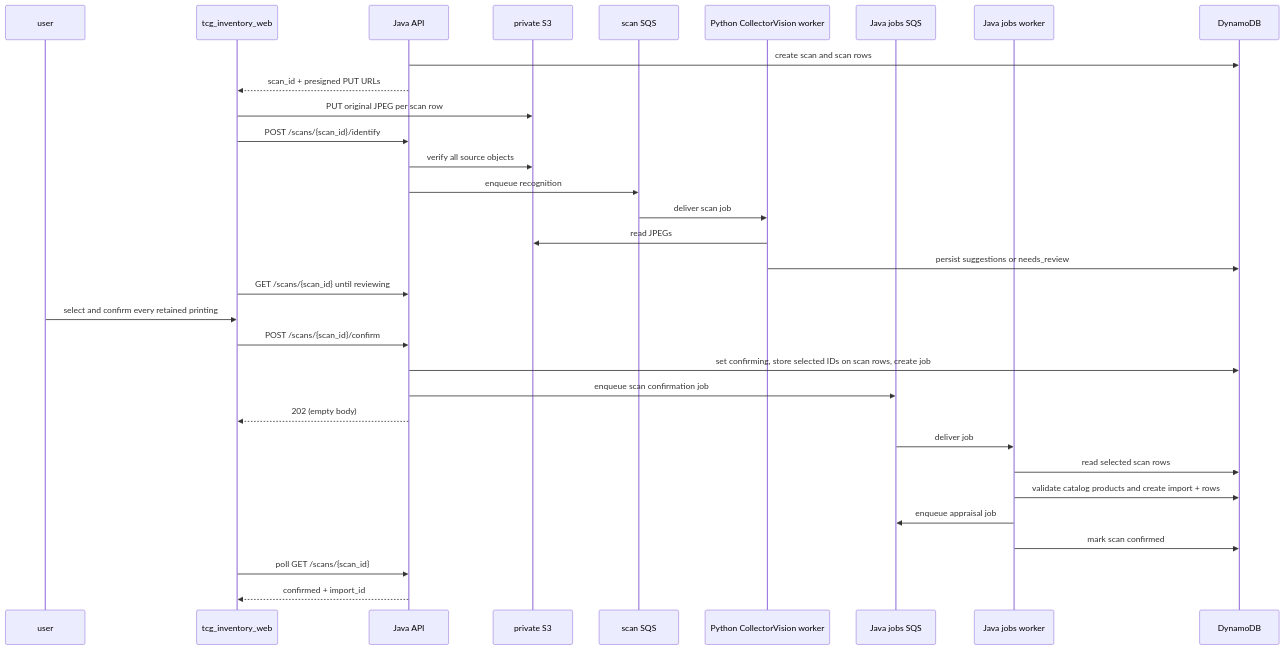
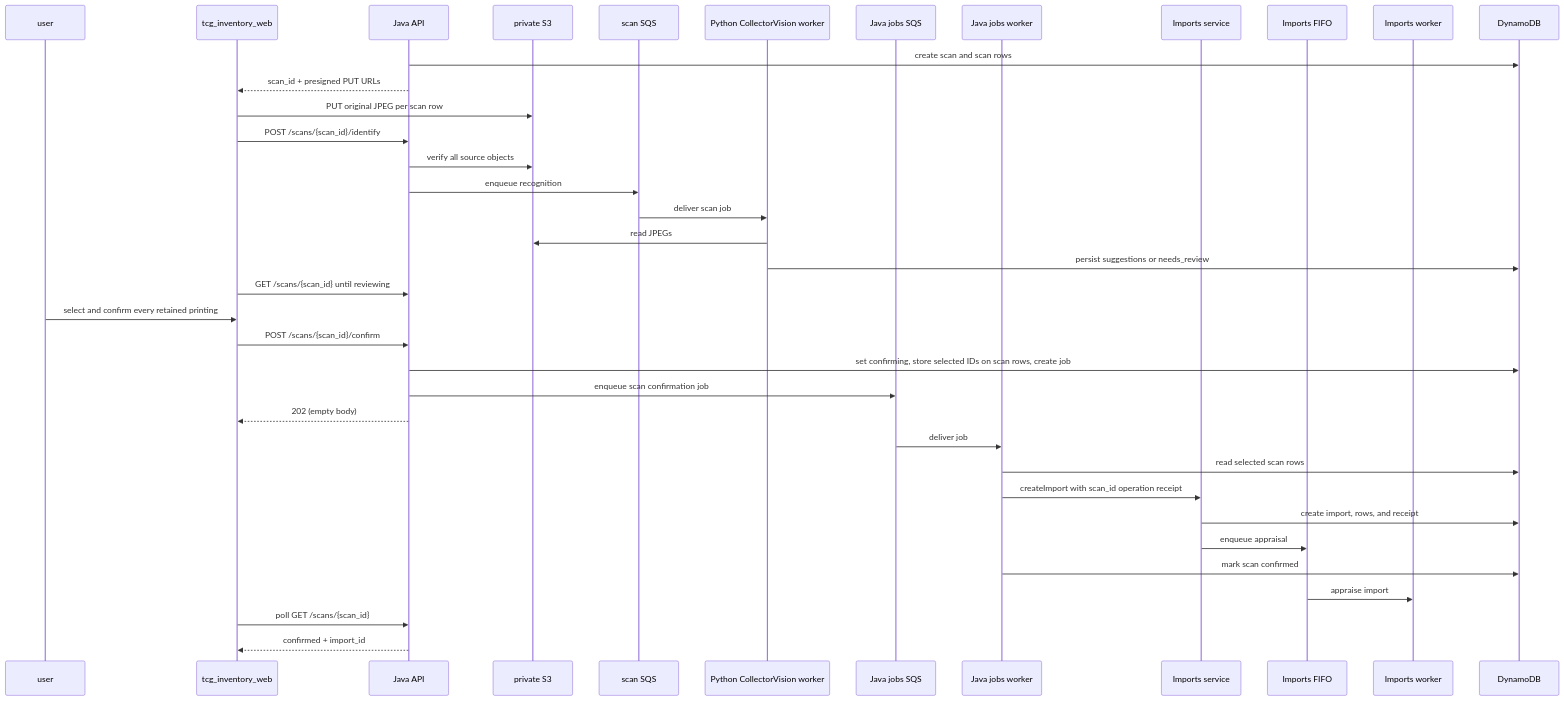
One commit to jordansimsmith/jordansimsmith-com changed the third of 3 diagrams in tcg_inventory_api/README.md. Above: the diagram before and after it, drawn with Mermaid. The commit also changed other lines of this file and 5 other files, not shown here.

Commit message:
Migrate scan confirmation to Imports service

````diff
--- a/tcg_inventory_api/README.md
+++ b/tcg_inventory_api/README.md
@@ -196,34 +202,39 @@
 ```mermaid
 sequenceDiagram
   participant U as user
   participant W as tcg_inventory_web
   participant A as Java API
   participant S as private S3
   participant Q as scan SQS
   participant P as Python CollectorVision worker
   participant JQ as Java jobs SQS
   participant J as Java jobs worker
+  participant I as Imports service
+  participant IQ as Imports FIFO
+  participant IW as Imports worker
   participant D as DynamoDB
   A->>D: create scan and scan rows
   A-->>W: scan_id + presigned PUT URLs
   W->>S: PUT original JPEG per scan row
   W->>A: POST /scans/{scan_id}/identify
   A->>S: verify all source objects
   A->>Q: enqueue recognition
   Q->>P: deliver scan job
   P->>S: read JPEGs
   P->>D: persist suggestions or needs_review
   W->>A: GET /scans/{scan_id} until reviewing
   U->>W: select and confirm every retained printing
   W->>A: POST /scans/{scan_id}/confirm
   A->>D: set confirming, store selected IDs on scan rows, create job
   A->>JQ: enqueue scan confirmation job
   A-->>W: 202 (empty body)
   JQ->>J: deliver job
   J->>D: read selected scan rows
-  J->>D: validate catalog products and create import + rows
-  J->>JQ: enqueue appraisal job
+  J->>I: createImport with scan_id operation receipt
+  I->>D: create import, rows, and receipt
+  I->>IQ: enqueue appraisal
   J->>D: mark scan confirmed
+  IQ->>IW: appraise import
   W->>A: poll GET /scans/{scan_id}
   A-->>W: confirmed + import_id
 ```
````
